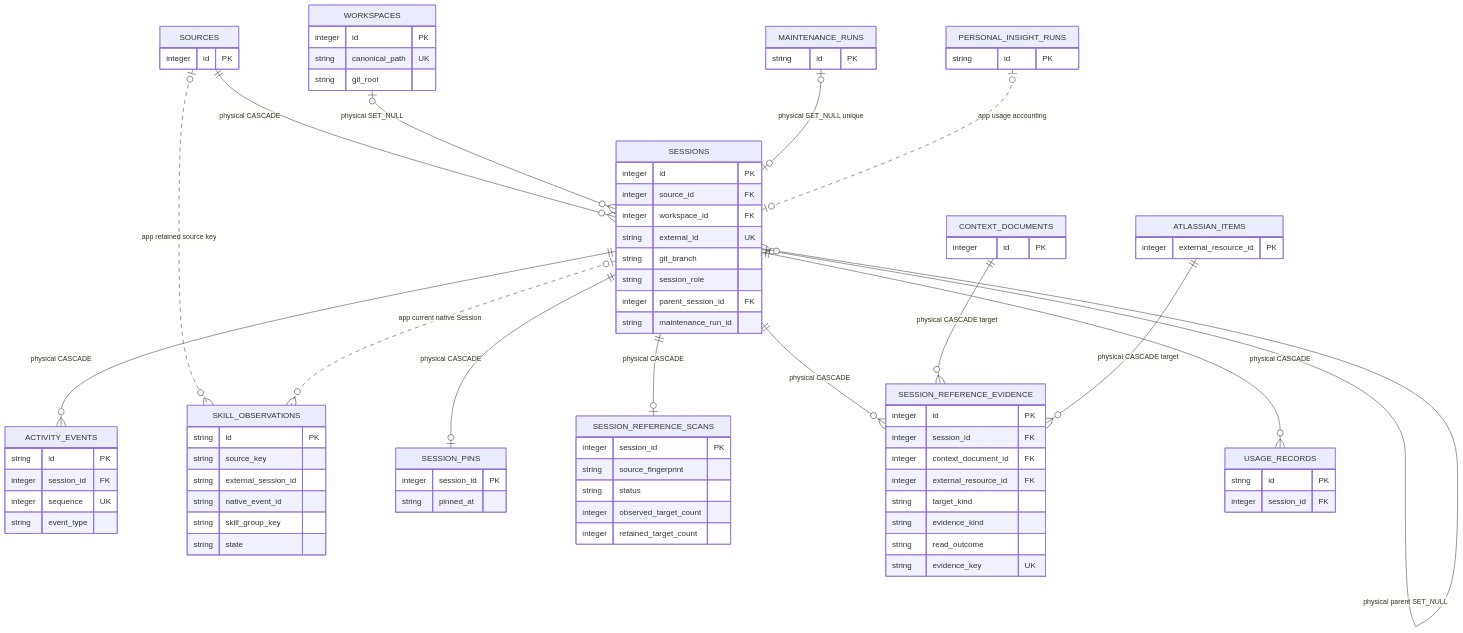
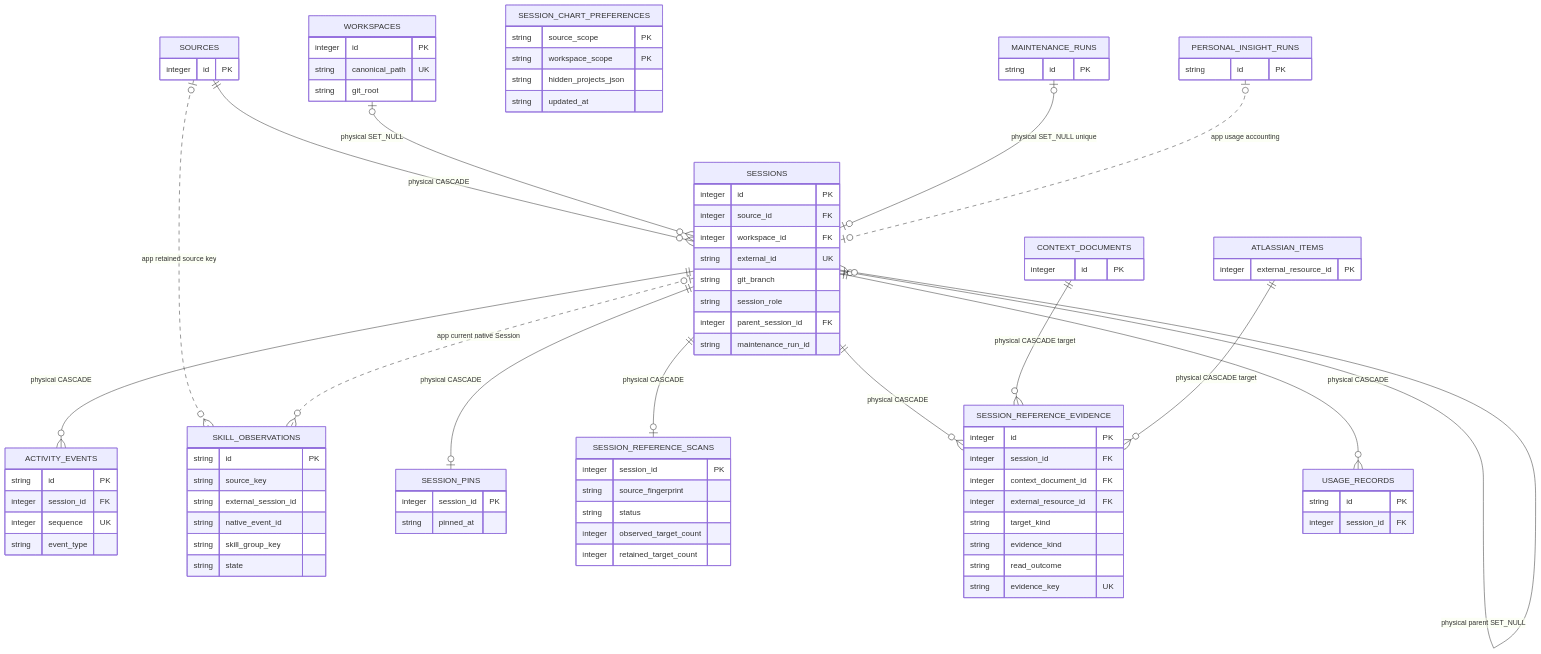
Before and after one commit to chochita0311/local-brain: the diagram in docs/policies/project/data-model/workspace-and-session-activity.md, drawn with Mermaid. The commit also changed other lines of this file and 102 other files, not shown here.

Commit message:
feat(sessions): add observed chart and close out documentation review

````diff
--- a/docs/policies/project/data-model/workspace-and-session-activity.md
+++ b/docs/policies/project/data-model/workspace-and-session-activity.md
@@ -11,74 +11,80 @@
 ```mermaid
 erDiagram
     SOURCES { integer id PK }
     WORKSPACES {
         integer id PK
         string canonical_path UK
         string git_root
     }
     SESSIONS {
         integer id PK
         integer source_id FK
         integer workspace_id FK
         string external_id UK
         string git_branch
         string session_role
         integer parent_session_id FK
         string maintenance_run_id
     }
     ACTIVITY_EVENTS {
         string id PK
         integer session_id FK
         integer sequence UK
         string event_type
     }
     SKILL_OBSERVATIONS {
         string id PK
         string source_key
         string external_session_id
         string native_event_id
         string skill_group_key
         string state
     }
     SESSION_PINS {
         integer session_id PK
         string pinned_at
+    }
+    SESSION_CHART_PREFERENCES {
+        string source_scope PK
+        string workspace_scope PK
+        string hidden_projects_json
+        string updated_at
     }
     SESSION_REFERENCE_SCANS {
         integer session_id PK
         string source_fingerprint
         string status
         integer observed_target_count
         integer retained_target_count
     }
     SESSION_REFERENCE_EVIDENCE {
         integer id PK
         integer session_id FK
         integer context_document_id FK
         integer external_resource_id FK
         string target_kind
         string evidence_kind
         string read_outcome
         string evidence_key UK
     }
     CONTEXT_DOCUMENTS { integer id PK }
     ATLASSIAN_ITEMS { integer external_resource_id PK }
     MAINTENANCE_RUNS { string id PK }
     PERSONAL_INSIGHT_RUNS { string id PK }
     USAGE_RECORDS { string id PK integer session_id FK }
 
     SOURCES ||--o{ SESSIONS : "physical CASCADE"
     WORKSPACES o|--o{ SESSIONS : "physical SET_NULL"
     SESSIONS o|--o{ SESSIONS : "physical parent SET_NULL"
     SESSIONS ||--o{ ACTIVITY_EVENTS : "physical CASCADE"
     SOURCES o|..o{ SKILL_OBSERVATIONS : "app retained source key"
     SESSIONS o|..o{ SKILL_OBSERVATIONS : "app current native Session"
     SESSIONS ||--o| SESSION_PINS : "physical CASCADE"
     SESSIONS ||--o| SESSION_REFERENCE_SCANS : "physical CASCADE"
     SESSIONS ||--o{ SESSION_REFERENCE_EVIDENCE : "physical CASCADE"
     CONTEXT_DOCUMENTS ||--o{ SESSION_REFERENCE_EVIDENCE : "physical CASCADE target"
     ATLASSIAN_ITEMS ||--o{ SESSION_REFERENCE_EVIDENCE : "physical CASCADE target"
     SESSIONS ||--o{ USAGE_RECORDS : "physical CASCADE"
     MAINTENANCE_RUNS o|--o| SESSIONS : "physical SET_NULL unique"
     PERSONAL_INSIGHT_RUNS o|..o| SESSIONS : "app usage accounting"
 ```
````
